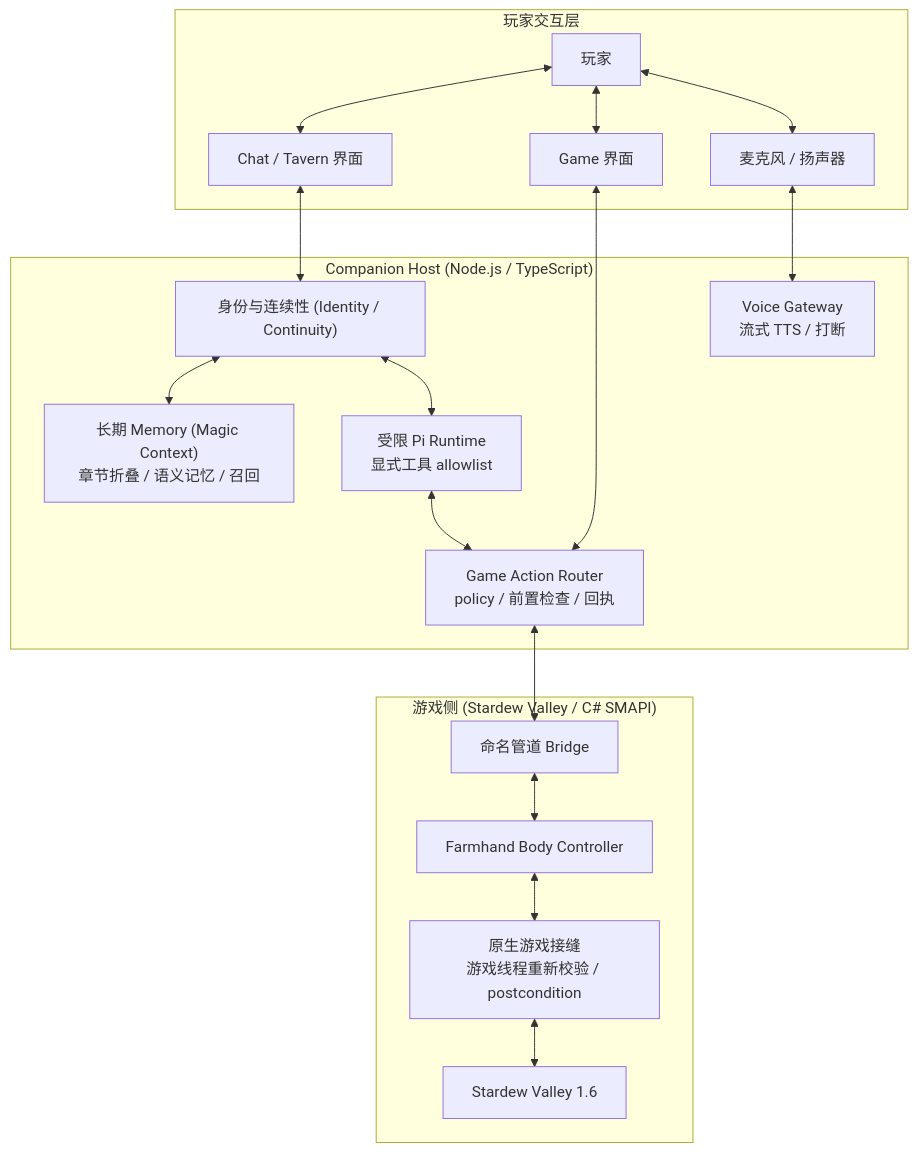
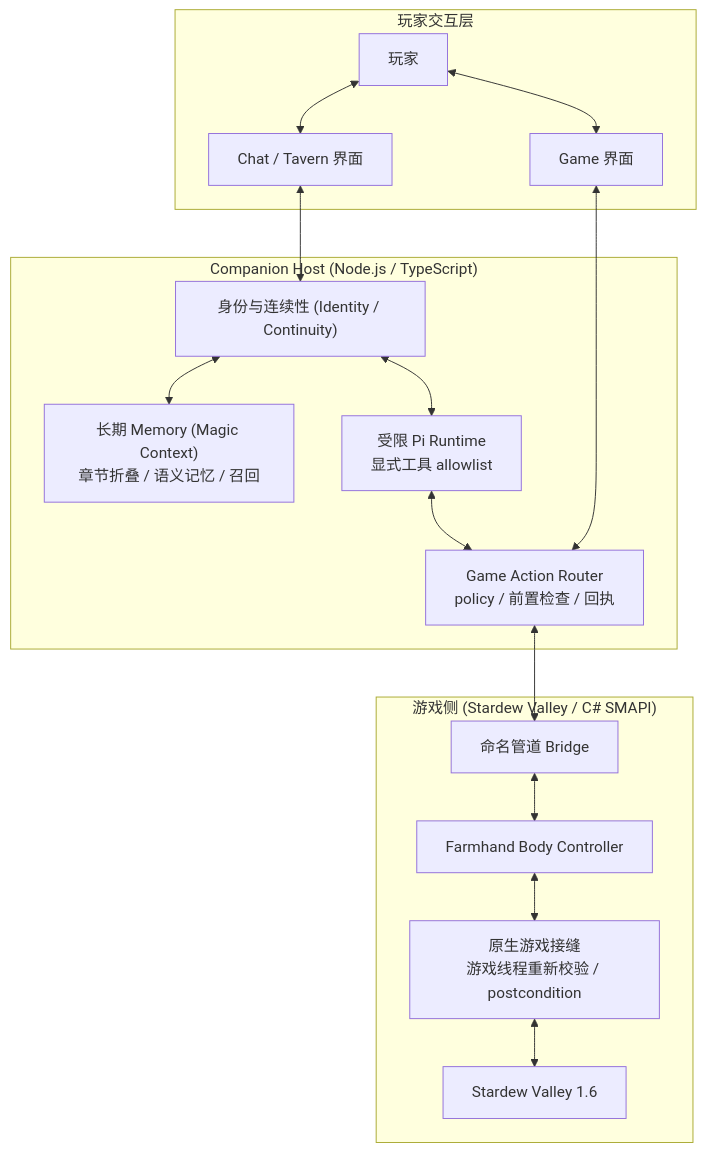
One commit to zhexulong/gamebuddy changed the diagram in README.md. Above: the diagram before and after it, drawn with Mermaid. The commit also changed other lines of this file and 2 other files, not shown here.

````diff
--- a/README.md
+++ b/README.md
@@ -134,38 +132,34 @@
 ```mermaid
 flowchart TB
     subgraph PlayerLayer["玩家交互层"]
         Player["玩家"]
         ChatUI["Chat / Tavern 界面"]
         GameUI["Game 界面"]
-        Mic["麦克风 / 扬声器"]
     end
 
     subgraph HostLayer["Companion Host (Node.js / TypeScript)"]
         Identity["身份与连续性 (Identity / Continuity)"]
         Memory["长期 Memory (Magic Context)<br/>章节折叠 / 语义记忆 / 召回"]
         PiRuntime["受限 Pi Runtime<br/>显式工具 allowlist"]
-        VoiceGW["Voice Gateway<br/>流式 TTS / 打断"]
         ActionRouter["Game Action Router<br/>policy / 前置检查 / 回执"]
     end
 
     subgraph GameLayer["游戏侧 (Stardew Valley / C# SMAPI)"]
         Bridge["命名管道 Bridge"]
         BodyCtrl["Farmhand Body Controller"]
         NativeSeam["原生游戏接缝<br/>游戏线程重新校验 / postcondition"]
         GameEngine["Stardew Valley 1.6"]
     end
 
     Player <--> ChatUI
     Player <--> GameUI
-    Player <--> Mic
     ChatUI <--> Identity
     GameUI <--> ActionRouter
-    Mic <--> VoiceGW
     Identity <--> Memory
     Identity <--> PiRuntime
     PiRuntime <--> ActionRouter
     ActionRouter <--> Bridge
     Bridge <--> BodyCtrl
     BodyCtrl <--> NativeSeam
     NativeSeam <--> GameEngine
 ```
````
